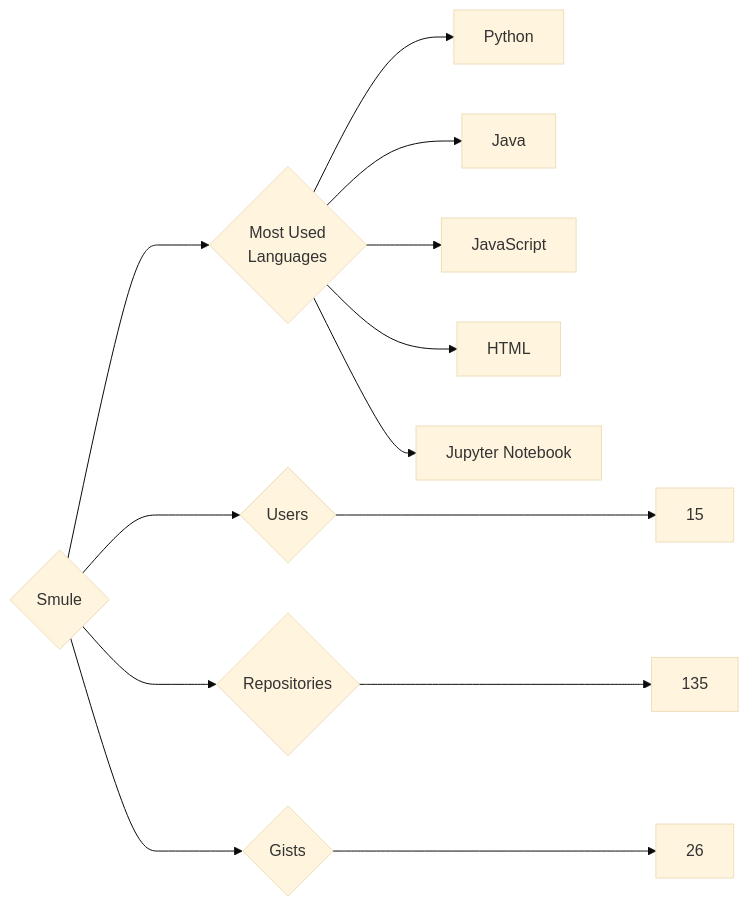
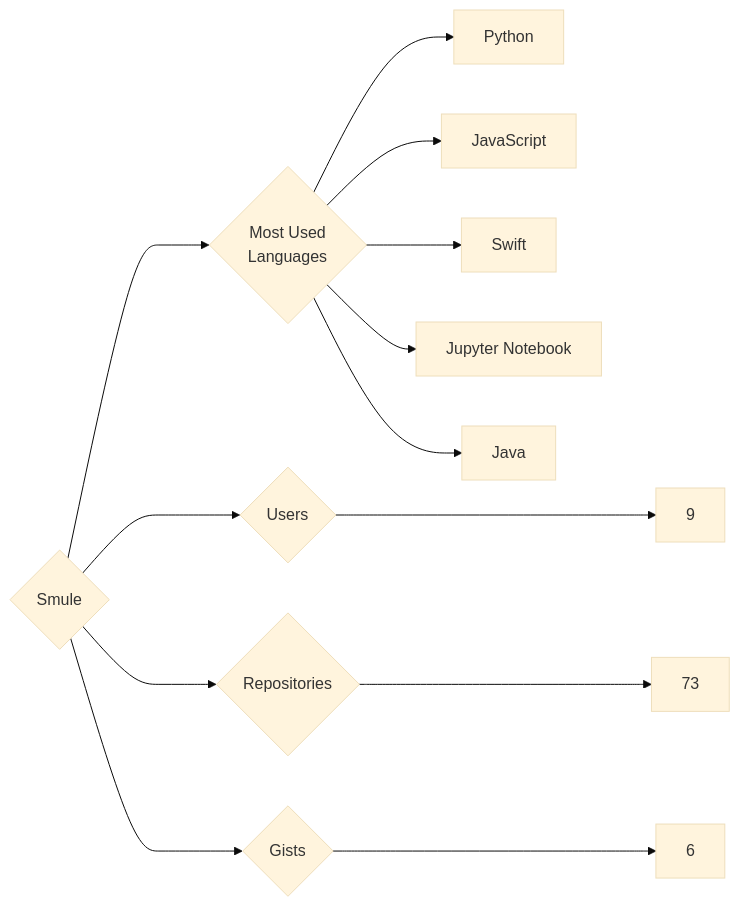
Before and after one commit to trickest/insiders: the diagram in targets/Smule/README.md, drawn with Mermaid (base theme). The commit also changed 964 other files, not shown here.

````diff
--- a/targets/Smule/README.md
+++ b/targets/Smule/README.md
@@ -3,13 +3,13 @@
 ```mermaid
 graph LR
 COMPANY_NAME{Smule}
-COMPANY_NAME ---> U{Users} ---> UN[15]
-COMPANY_NAME ---> R{Repositories} ---> RN[135]
-COMPANY_NAME ---> G{Gists} ---> GN[26]
+COMPANY_NAME ---> U{Users} ---> UN[9]
+COMPANY_NAME ---> R{Repositories} ---> RN[73]
+COMPANY_NAME ---> G{Gists} ---> GN[6]
 COMPANY_NAME ---> ML{Most Used<br>Languages}
 ML --> Python[Python]
+ML --> JavaScript[JavaScript]
+ML --> Swift[Swift]
+ML --> Jupyter_Notebook[Jupyter Notebook]
 ML --> Java[Java]
-ML --> JavaScript[JavaScript]
-ML --> HTML[HTML]
-ML --> Jupyter_Notebook[Jupyter Notebook]
 ```
````
